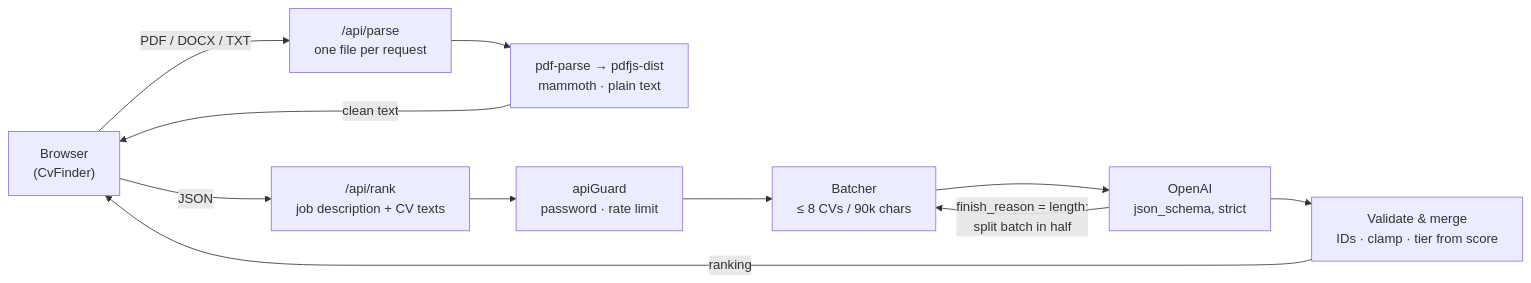
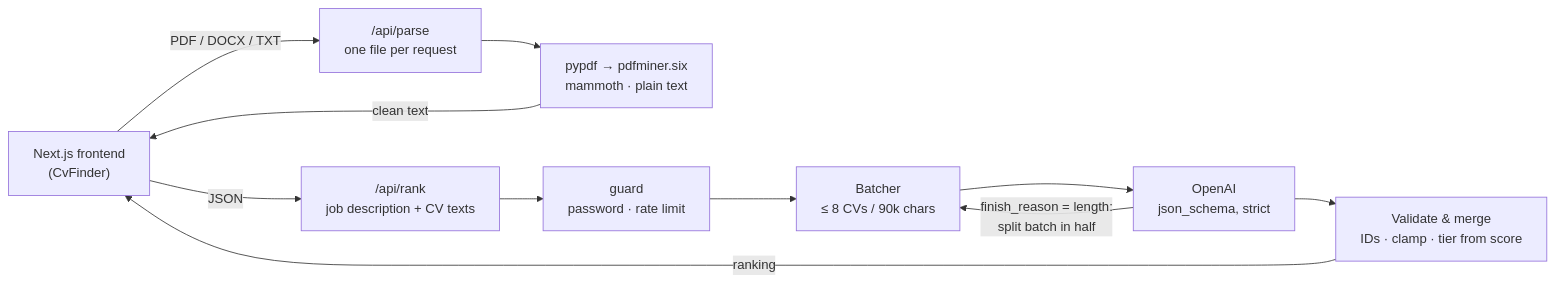
Before and after one commit to krzysztofp8852-create/CV_finder: the diagram in README.md, drawn with Mermaid. The commit also changed other lines of this file and 55 other files, not shown here.

````diff
--- a/README.md
+++ b/README.md
@@ -78,16 +80,16 @@
 ```mermaid
 flowchart LR
-    UI["Browser<br/>(CvFinder)"]
+    UI["Next.js frontend<br/>(CvFinder)"]
     P["/api/parse<br/>one file per request"]
-    X["pdf-parse → pdfjs-dist<br/>mammoth · plain text"]
+    X["pypdf → pdfminer.six<br/>mammoth · plain text"]
     R["/api/rank<br/>job description + CV texts"]
-    G["apiGuard<br/>password · rate limit"]
+    G["guard<br/>password · rate limit"]
     B["Batcher<br/>≤ 8 CVs / 90k chars"]
     O["OpenAI<br/>json_schema, strict"]
     V["Validate & merge<br/>IDs · clamp · tier from score"]
 
     UI -- "PDF / DOCX / TXT" --> P --> X -- "clean text" --> UI
     UI -- "JSON" --> R --> G --> B --> O
     O -- "finish_reason = length:<br/>split batch in half" --> B
     O --> V -- "ranking" --> UI
 ```
````
